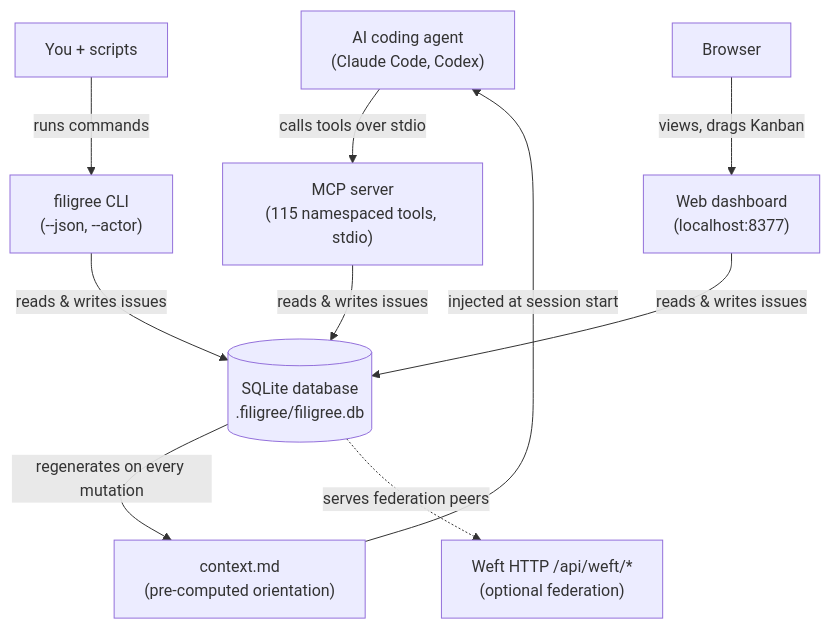
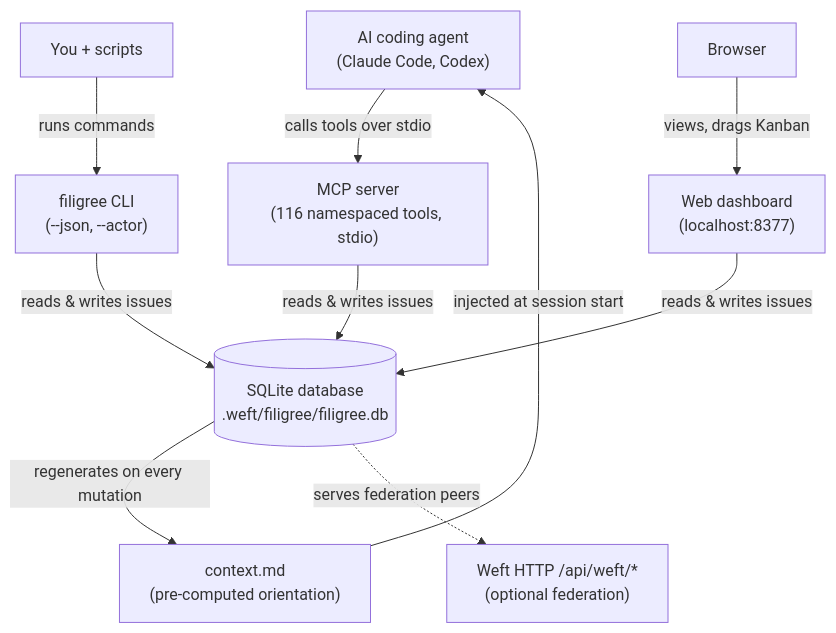
Before and after one commit to foundryside-dev/filigree: the first of 3 diagrams in README.md, drawn with Mermaid. The commit also changed other lines of this file and 4 other files, not shown here.

````diff
--- a/README.md
+++ b/README.md
@@ -46,27 +46,27 @@
 ```mermaid
 flowchart TD
     Agent["AI coding agent<br/>(Claude Code, Codex)"]
     Human["You + scripts"]
     Browser["Browser"]
 
-    MCP["MCP server<br/>(115 namespaced tools, stdio)"]
+    MCP["MCP server<br/>(116 namespaced tools, stdio)"]
     CLI["filigree CLI<br/>(--json, --actor)"]
     Dash["Web dashboard<br/>(localhost:8377)"]
 
-    DB[("SQLite database<br/>.filigree/filigree.db")]
+    DB[("SQLite database<br/>.weft/filigree/filigree.db")]
     Ctx["context.md<br/>(pre-computed orientation)"]
     Weft["Weft HTTP /api/weft/*<br/>(optional federation)"]
 
     Agent -->|"calls tools over stdio"| MCP
     Human -->|"runs commands"| CLI
     Browser -->|"views, drags Kanban"| Dash
 
     MCP -->|"reads & writes issues"| DB
     CLI -->|"reads & writes issues"| DB
     Dash -->|"reads & writes issues"| DB
 
     DB -->|"regenerates on every mutation"| Ctx
     Ctx -->|"injected at session start"| Agent
 
     DB -.->|"serves federation peers"| Weft
 ```
````
